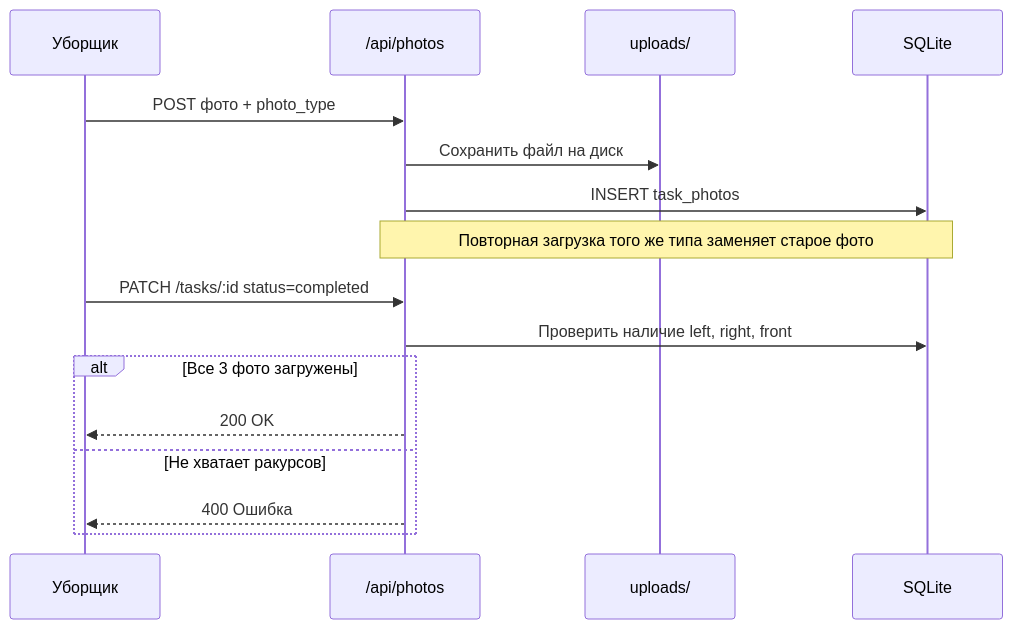
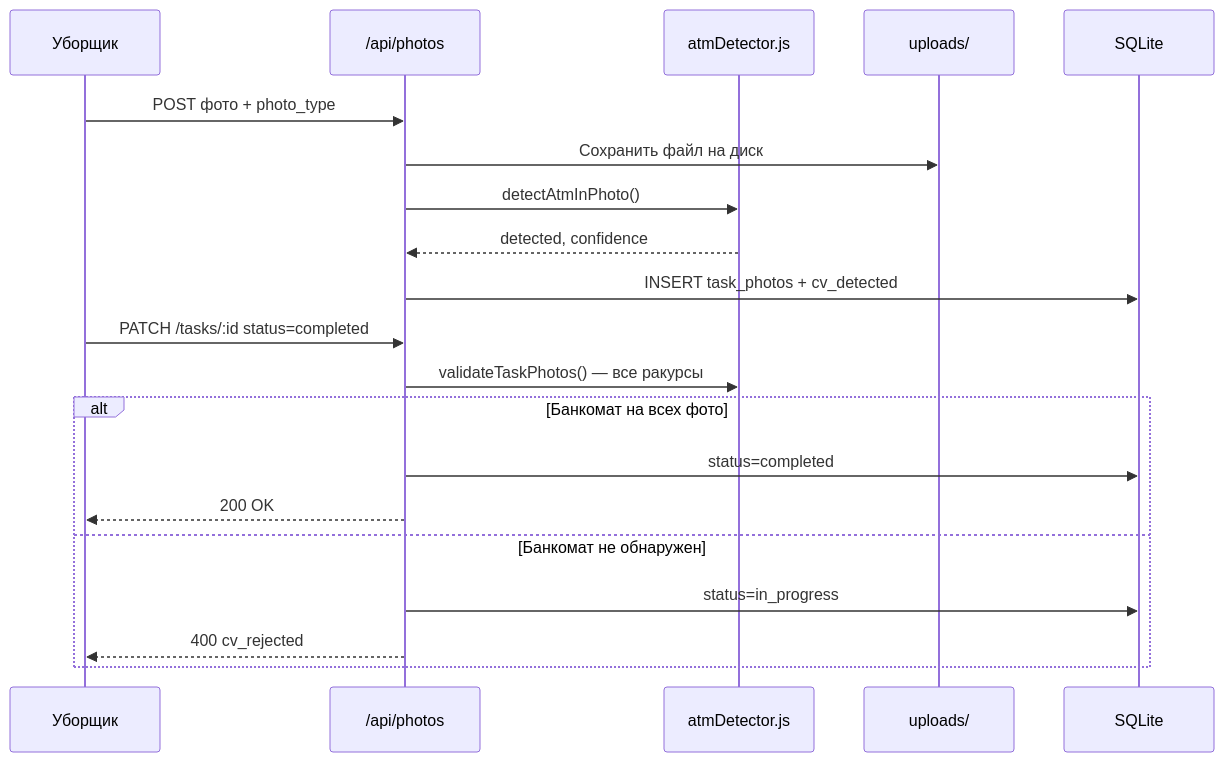
Before and after one commit to DjSurfTSI/control-app: the sixth of 11 diagrams in ARCHITECTURE.md, drawn with Mermaid. The commit also changed other lines of this file and 16 other files, not shown here.

First line of the commit message:
Add CLIP CV verification for ATM photos and update docs.

````diff
--- a/ARCHITECTURE.md
+++ b/ARCHITECTURE.md
@@ -344,20 +367,24 @@
 ```mermaid
 sequenceDiagram
     participant C as Уборщик
     participant API as /api/photos
+    participant CV as atmDetector.js
     participant FS as uploads/
     participant DB as SQLite
 
     C->>API: POST фото + photo_type
     API->>FS: Сохранить файл на диск
-    API->>DB: INSERT task_photos
-    Note over API,DB: Повторная загрузка того же типа заменяет старое фото
+    API->>CV: detectAtmInPhoto()
+    CV-->>API: detected, confidence
+    API->>DB: INSERT task_photos + cv_detected
 
     C->>API: PATCH /tasks/:id status=completed
-    API->>DB: Проверить наличие left, right, front
-    alt Все 3 фото загружены
+    API->>CV: validateTaskPhotos() — все ракурсы
+    alt Банкомат на всех фото
+        API->>DB: status=completed
         API-->>C: 200 OK
-    else Не хватает ракурсов
-        API-->>C: 400 Ошибка
+    else Банкомат не обнаружен
+        API->>DB: status=in_progress
+        API-->>C: 400 cv_rejected
     end
 ```
````
